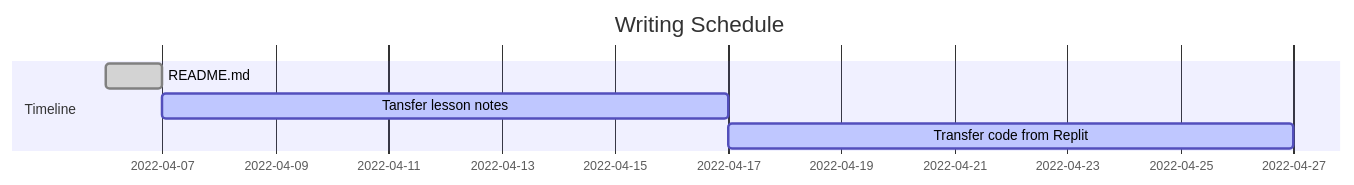
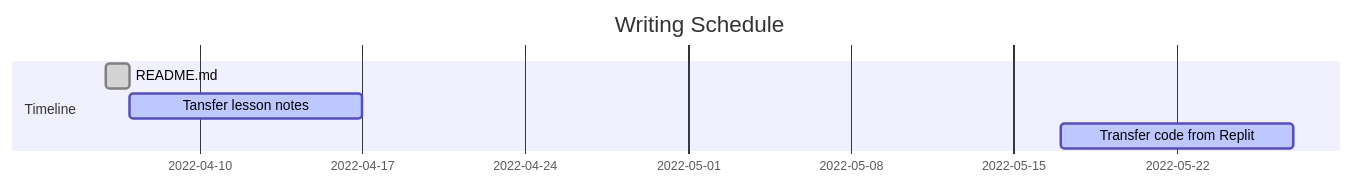
One commit to ahmad-buhari/python-basics changed the diagram in README.md. Above: the diagram before and after it, drawn with Mermaid.

````diff
--- a/README.md
+++ b/README.md
@@ -9,10 +9,10 @@
 ```mermaid
       gantt
       dateFormat YYYY-MM-DD
       title Writing Schedule
       
       Section Timeline
       README.md             :done,      de1, 2022-04-06, 2022-04-07
       Tansfer lesson notes          :active,    des2, 2022-04-07, 10d
-      Transfer code from Replit     : active, des3, 2022-04-17, 10d
+      Transfer code from Replit     : active, des3, 2022-05-17, 10d
 ```
````
